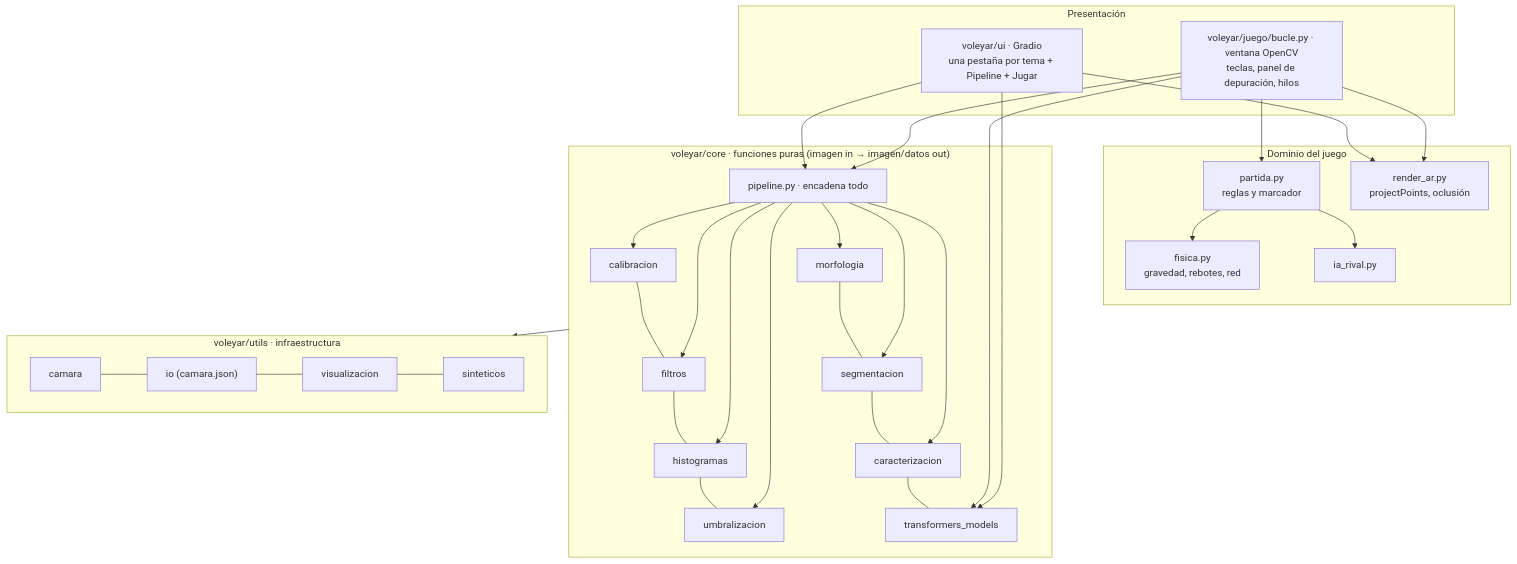
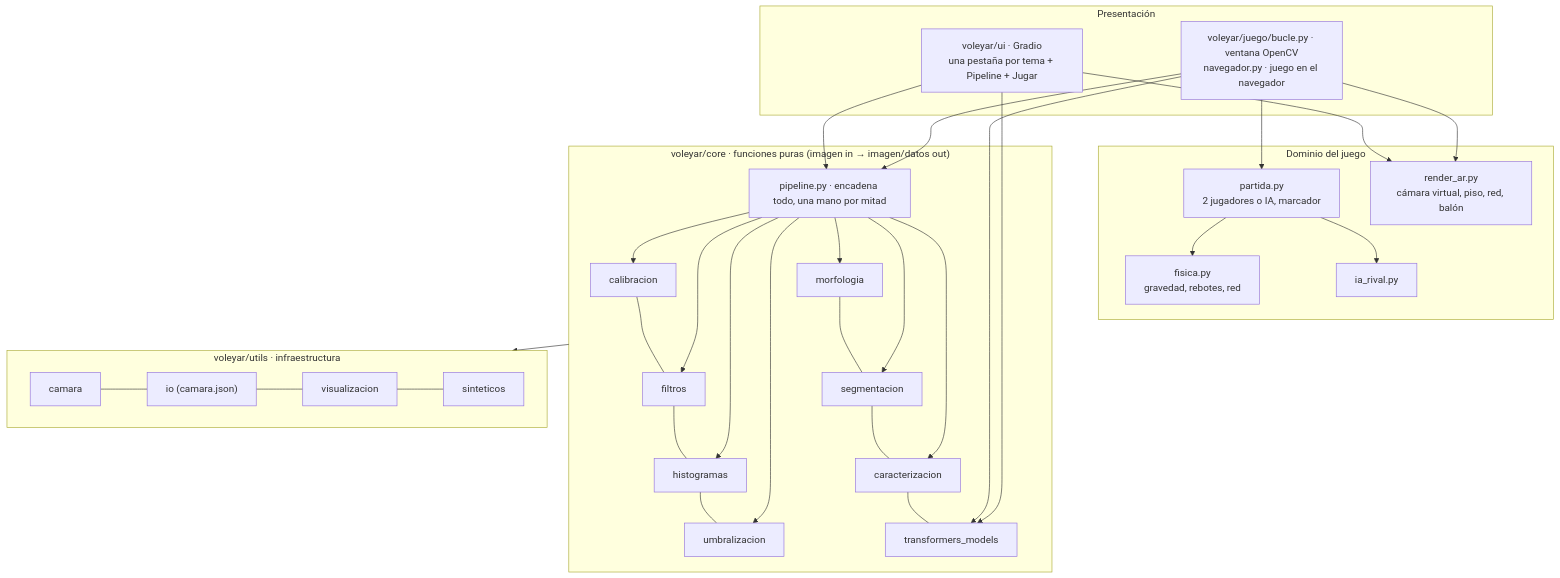
Before and after one commit to Jeol28/Voley-AR: the second of 3 diagrams in README.md, drawn with Mermaid. The commit also changed other lines of this file, not shown here.

Commit message:
docs: README de la v2 (modo pantalla, dos jugadores, sin cancha impresa)

````diff
--- a/README.md
+++ b/README.md
@@ -231,32 +274,32 @@
 ```mermaid
 flowchart TB
     subgraph Presentacion["Presentación"]
         UI["voleyar/ui · Gradio<br/>una pestaña por tema + Pipeline + Jugar"]
-        JUEGO_BUCLE["voleyar/juego/bucle.py · ventana OpenCV<br/>teclas, panel de depuración, hilos"]
+        BUCLE["voleyar/juego/bucle.py · ventana OpenCV<br/>navegador.py · juego en el navegador"]
     end
     subgraph Juego["Dominio del juego"]
         FIS["fisica.py<br/>gravedad, rebotes, red"]
         IA["ia_rival.py"]
-        PAR["partida.py<br/>reglas y marcador"]
-        REN["render_ar.py<br/>projectPoints, oclusión"]
+        PAR["partida.py<br/>2 jugadores o IA, marcador"]
+        REN["render_ar.py<br/>cámara virtual, piso, red, balón"]
     end
     subgraph Core["voleyar/core · funciones puras (imagen in → imagen/datos out)"]
         CAL["calibracion"] --- FIL["filtros"] --- HIS["histogramas"] --- UMB["umbralizacion"]
         MOR["morfologia"] --- SEG["segmentacion"] --- CAR["caracterizacion"] --- TRF["transformers_models"]
-        PIPE["pipeline.py · encadena todo"]
+        PIPE["pipeline.py · encadena todo, una mano por mitad"]
     end
     subgraph Utils["voleyar/utils · infraestructura"]
         CAM["camara"] --- IO["io (camara.json)"] --- VIS["visualizacion"] --- SIN["sinteticos"]
     end
     UI --> PIPE
     UI --> REN
-    JUEGO_BUCLE --> PIPE
-    JUEGO_BUCLE --> PAR
-    JUEGO_BUCLE --> REN
+    BUCLE --> PIPE
+    BUCLE --> PAR
+    BUCLE --> REN
     PAR --> FIS
     PAR --> IA
     PIPE --> CAL & FIL & HIS & UMB & MOR & SEG & CAR
-    JUEGO_BUCLE --> TRF
+    BUCLE --> TRF
     UI --> TRF
     Core --> Utils
 ```
````
